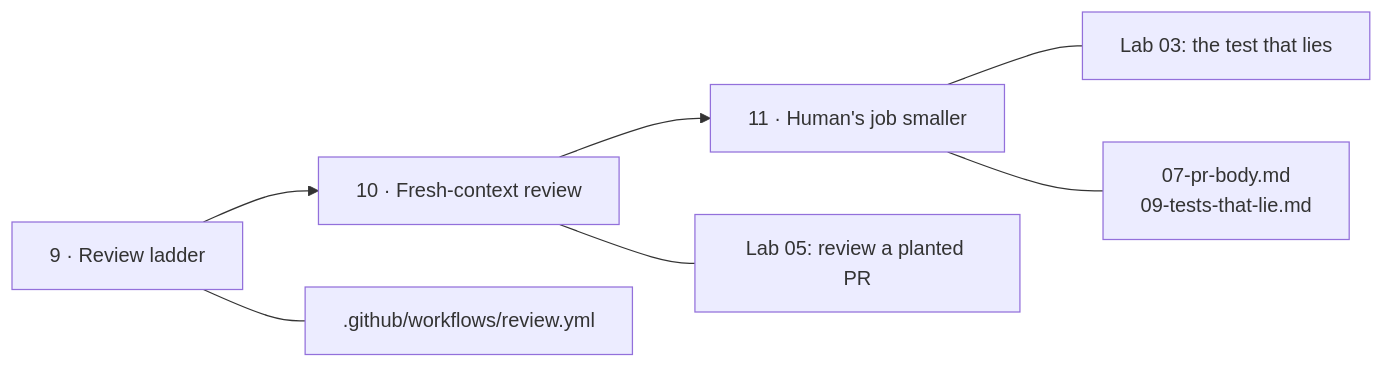
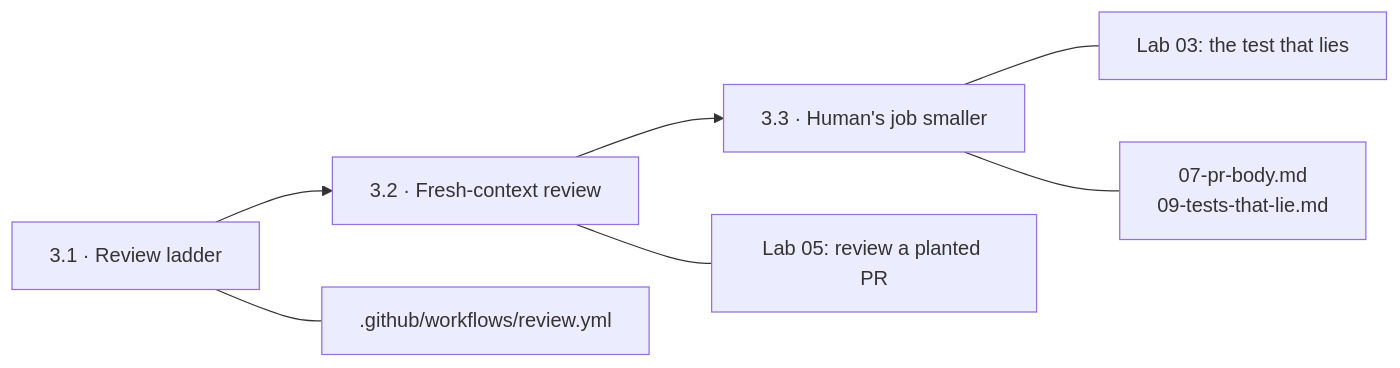
The seventh of 9 diagrams in course/guide.md (limsijie93/tt-masterclass-agentic-sdlc), drawn with Mermaid before and after one commit. The commit also changed other lines of this file and 28 other files, not shown here.

````diff
--- a/course/guide.md
+++ b/course/guide.md
@@ -147,8 +173,8 @@
 ```mermaid
 flowchart LR
-    l9["9 · Review ladder"] --> l10["10 · Fresh-context review"] --> l11["11 · Human's job smaller"]
+    l9["3.1 · Review ladder"] --> l10["3.2 · Fresh-context review"] --> l11["3.3 · Human's job smaller"]
     l9 --- r9[".github/workflows/review.yml"]
     l10 --- d10["Lab 05: review a planted PR"]
     l11 --- d11["Lab 03: the test that lies"]
     l11 --- r11["07-pr-body.md<br/>09-tests-that-lie.md"]
 ```
````
